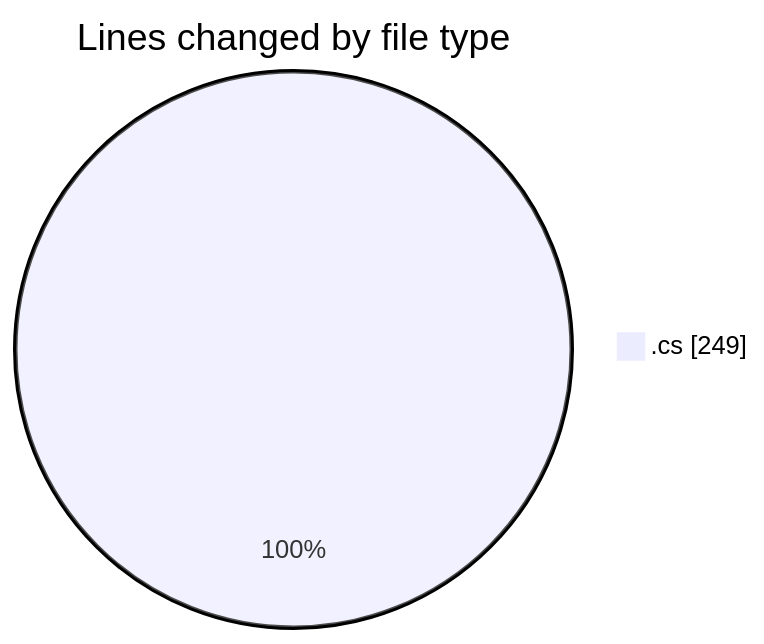
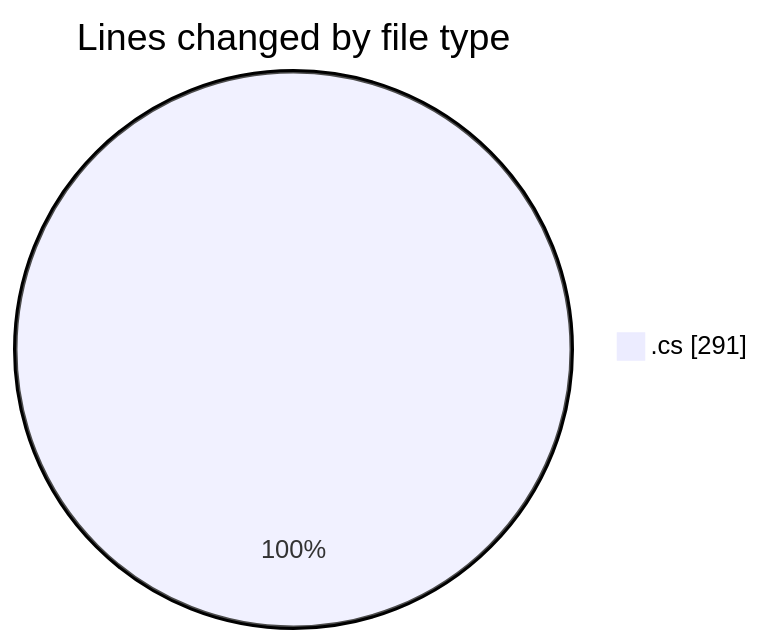
The first of 2 diagrams in 2025-04-02/back-end/README.md (Netris89/code-tracking), drawn with Mermaid before and after one commit. The commit also changed other lines of this file and 1 other file, not shown here.

````diff
--- a/2025-04-02/back-end/README.md
+++ b/2025-04-02/back-end/README.md
@@ -20,5 +20,5 @@
 ```mermaid
 pie showData
 title Lines changed by file type
-".cs" : 249
+".cs" : 291
 ```
````
